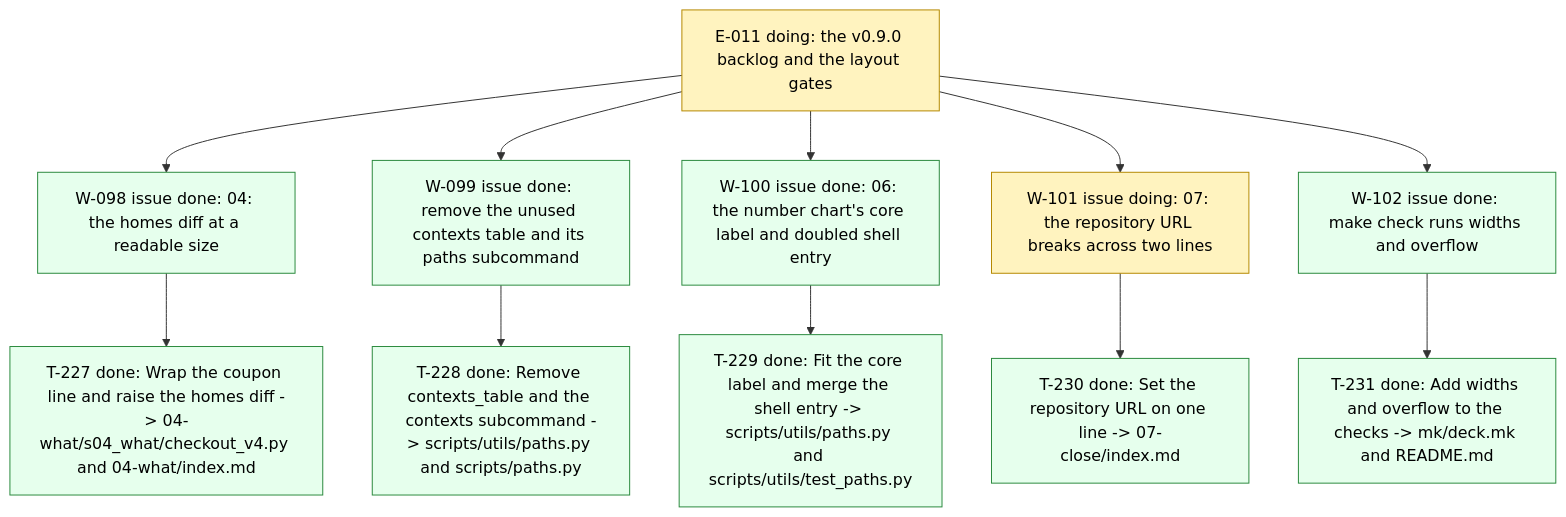
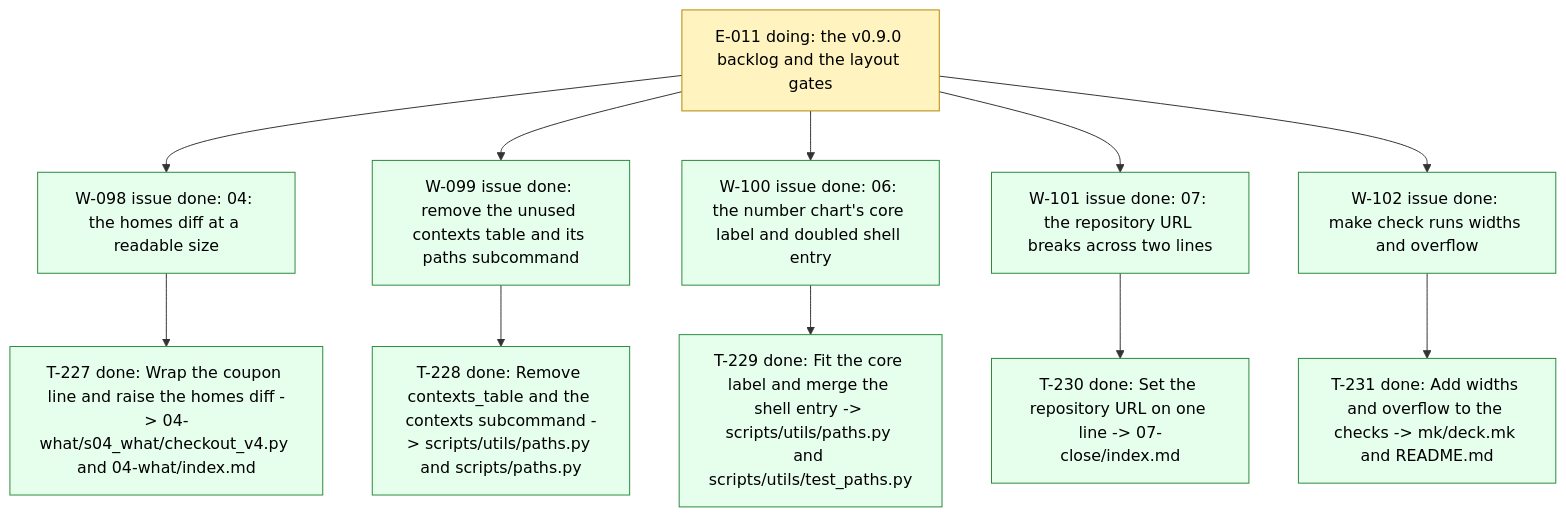
Before and after one commit to dpopchev/chaos-to-simple: the diagram in .board/BOARD.md, drawn with Mermaid. The commit also changed other lines of this file and 1 other file, not shown here.

Commit message:
chore(board): close W-101 -- landed
Refs: W-101

````diff
--- a/.board/BOARD.md
+++ b/.board/BOARD.md
@@ -594,21 +594,21 @@
 ```mermaid
 flowchart TD
   E011["E-011 doing: the v0.9.0 backlog and the layout gates"]
   E011 --> W098["W-098 issue done: 04: the homes diff at a readable size"]
   W098 --> T227["T-227 done: Wrap the coupon line and raise the homes diff -> 04-what/s04_what/checkout_v4.py and 04-what/index.md"]
   E011 --> W099["W-099 issue done: remove the unused contexts table and its paths subcommand"]
   W099 --> T228["T-228 done: Remove contexts_table and the contexts subcommand -> scripts/utils/paths.py and scripts/paths.py"]
   E011 --> W100["W-100 issue done: 06: the number chart's core label and doubled shell entry"]
   W100 --> T229["T-229 done: Fit the core label and merge the shell entry -> scripts/utils/paths.py and scripts/utils/test_paths.py"]
-  E011 --> W101["W-101 issue doing: 07: the repository URL breaks across two lines"]
+  E011 --> W101["W-101 issue done: 07: the repository URL breaks across two lines"]
   W101 --> T230["T-230 done: Set the repository URL on one line -> 07-close/index.md"]
   E011 --> W102["W-102 issue done: make check runs widths and overflow"]
   W102 --> T231["T-231 done: Add widths and overflow to the checks -> mk/deck.mk and README.md"]
   classDef doing fill:#fff3bf,stroke:#b58900,color:#000;
   classDef blocked fill:#ffe3e3,stroke:#c92a2a,color:#000;
   classDef done fill:#e6ffed,stroke:#2b8a3e,color:#000;
   classDef todo fill:#f8f9fa,stroke:#868e96,color:#000;
   classDef pruned fill:#f1f3f5,stroke:#adb5bd,color:#000;
-  class E011,W101 doing
-  class W098,T227,W099,T228,W100,T229,T230,W102,T231 done
+  class E011 doing
+  class W098,T227,W099,T228,W100,T229,W101,T230,W102,T231 done
 ```
````
